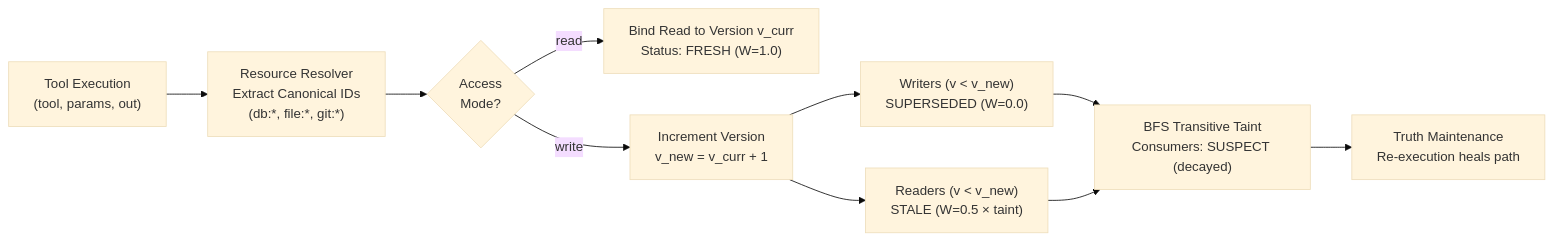
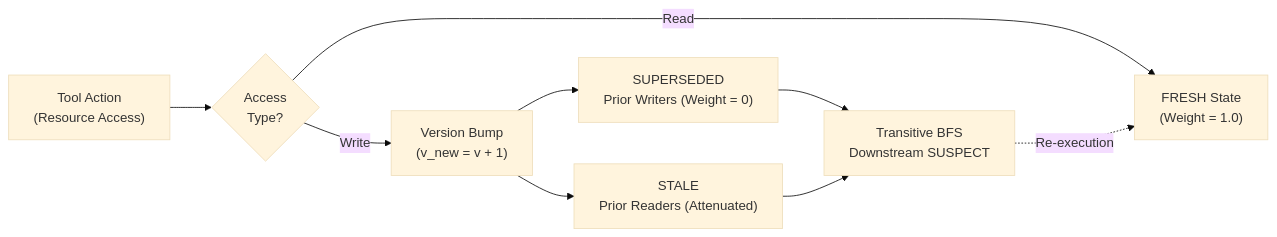
Before and after one commit to rsmyst/llmEndsem: the diagram in report/figures/dag_flowchart_horizontal.mmd, drawn with Mermaid (base theme). The commit also changed 17 other files, not shown here.

```diff
--- a/report/figures/dag_flowchart_horizontal.mmd
+++ b/report/figures/dag_flowchart_horizontal.mmd
@@ -1,11 +1,13 @@
 flowchart LR
-    E["Tool Execution<br/>(tool, params, out)"] --> R["Resource Resolver<br/>Extract Canonical IDs<br/>(db:*, file:*, git:*)"]
-    R --> Mode{"Access<br/>Mode?"}
+    Action["Tool Action<br/>(Resource Access)"] --> Check{"Access<br/>Type?"}
+
+    Check -- "Read" --> Fresh["FRESH State<br/>(Weight = 1.0)"]
+
+    Check -- "Write" --> Mutate["Version Bump<br/>(v_new = v + 1)"]
     
-    Mode -- "read" --> BR["Bind Read to Version v_curr<br/>Status: FRESH (W=1.0)"]
+    Mutate --> Sup["SUPERSEDED<br/>Prior Writers (Weight = 0)"]
+    Mutate --> Stale["STALE<br/>Prior Readers (Attenuated)"]
     
-    Mode -- "write" --> V["Increment Version<br/>v_new = v_curr + 1"]
-    V --> W1["Writers (v < v_new)<br/>SUPERSEDED (W=0.0)"]
-    V --> W2["Readers (v < v_new)<br/>STALE (W=0.5 × taint)"]
-    W1 & W2 --> BFS["BFS Transitive Taint<br/>Consumers: SUSPECT (decayed)"]
-    BFS --> Heal["Truth Maintenance<br/>Re-execution heals path"]
+    Sup & Stale --> BFS["Transitive BFS<br/>Downstream SUSPECT"]
+    
+    BFS -. "Re-execution" .-> Fresh
```
